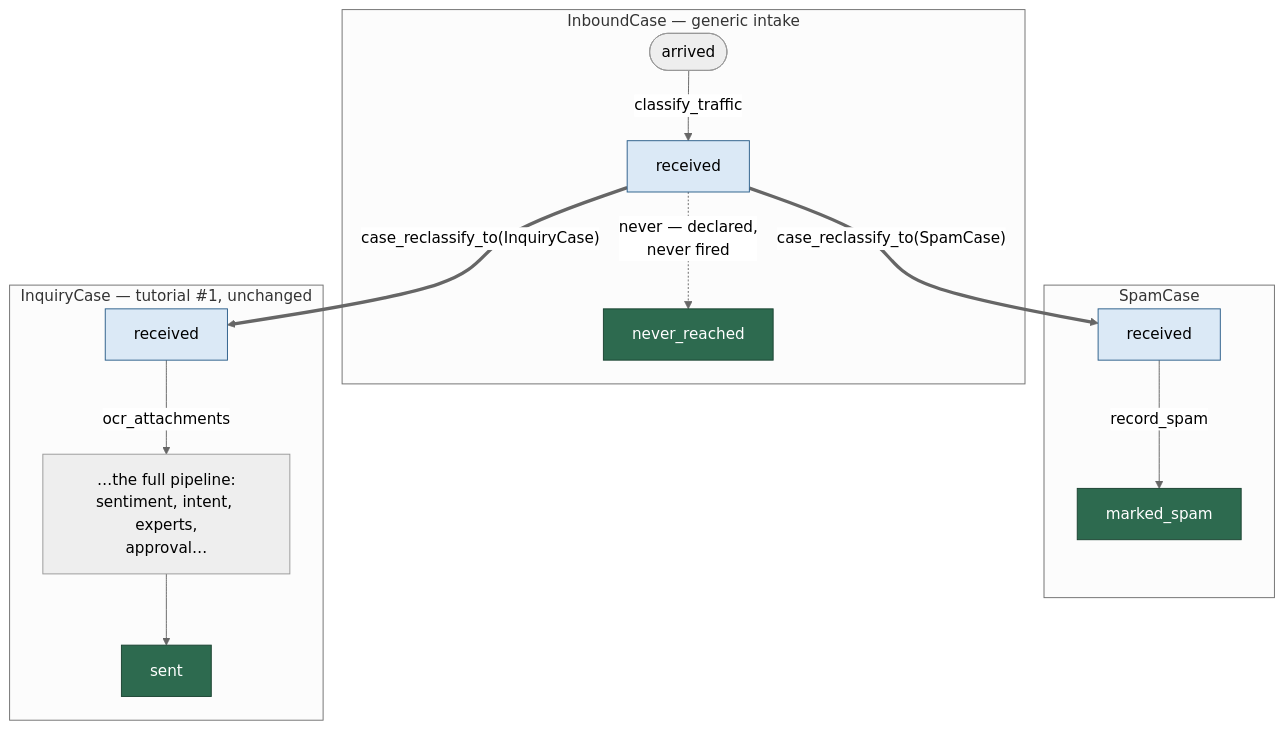
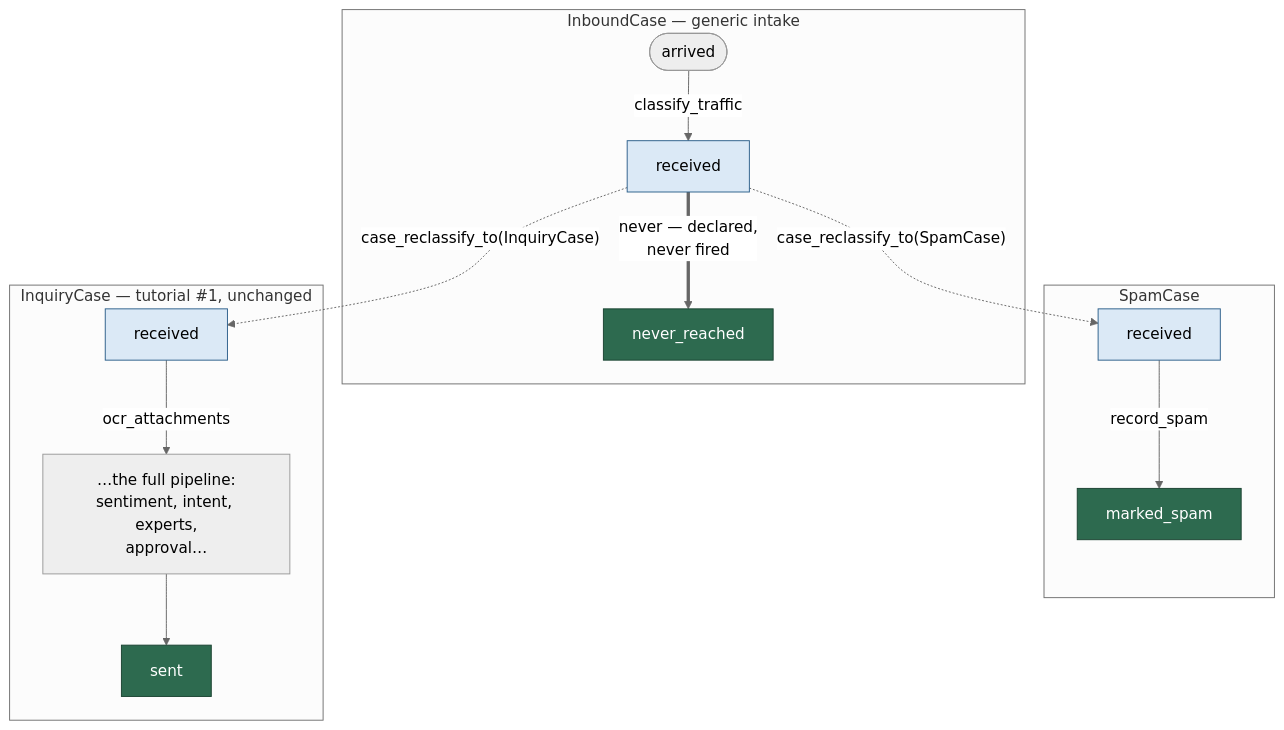
Before and after one commit to ToTo-LLC/totodev-pub: the diagram in notebooks/DEVDAVE/case_manager_classes/Tutorial 2 - One Manager, Many Case Types.md, drawn with Mermaid (neutral theme). The commit also changed other lines of this file and 34 other files, not shown here.

````diff
--- a/notebooks/DEVDAVE/case_manager_classes/Tutorial 2 - One Manager, Many Case Types.md
+++ b/notebooks/DEVDAVE/case_manager_classes/Tutorial 2 - One Manager, Many Case Types.md
@@ -166,29 +167,29 @@
 ```mermaid
 flowchart TD
     subgraph inbound["InboundCase — generic intake"]
         arrived([arrived]) -->|classify_traffic| recv1[received]
-        recv1 -.->|never — declared,<br/>never fired| never_reached
+        recv1 ==>|never — declared,<br/>never fired| never_reached
     end
 
     subgraph spam["SpamCase"]
         recv2[received] -->|record_spam| marked_spam
     end
 
     subgraph inquiry["InquiryCase — tutorial #1, unchanged"]
         recv3[received] -->|ocr_attachments| pipeline["…the full pipeline:<br/>sentiment, intent, experts,<br/>approval…"]
         pipeline --> sent
     end
 
-    recv1 ==>|"case_reclassify_to(SpamCase)"| recv2
-    recv1 ==>|"case_reclassify_to(InquiryCase)"| recv3
+    recv1 -.->|"case_reclassify_to(SpamCase)"| recv2
+    recv1 -.->|"case_reclassify_to(InquiryCase)"| recv3
 
     never_reached:::terminal
     marked_spam:::terminal
     sent:::terminal
     recv1:::handoff
     recv2:::handoff
     recv3:::handoff
 
     classDef terminal fill:#2d6a4f,color:#fff,stroke:#1b4332
     classDef handoff fill:#dbe9f6,stroke:#2c5f8a
 ```
````
